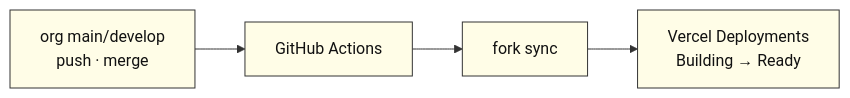
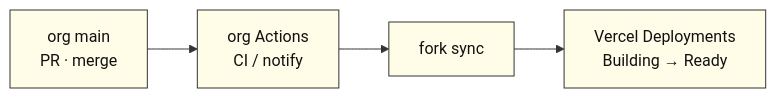
The fifth of 6 diagrams in docs/vercel-deploy-team-notice.md (SpartaValueHub/ValueHub-FE), drawn with Mermaid before and after one commit. The commit also changed other lines of this file, not shown here.

Commit message:
docs: Vercel 안내를 main 직행 브랜치 전략에 맞게 수정

````diff
--- a/docs/vercel-deploy-team-notice.md
+++ b/docs/vercel-deploy-team-notice.md
@@ -211,9 +201,9 @@
 ```mermaid
 %%{init: {"theme":"base","themeVariables":{"primaryColor":"#FFF3B0","primaryBorderColor":"#333","lineColor":"#333","clusterBkg":"#FFF3B0"}}}%%
 flowchart LR
-  A["org main/develop<br/>push · merge"] --> B["GitHub Actions"]
+  A["org main<br/>PR · merge"] --> B["org Actions<br/>CI / notify"]
   B --> C["fork sync"]
   C --> D["Vercel Deployments<br/>Building → Ready"]
   classDef node fill:#FFFDE7,stroke:#333,color:#111;
   class A,B,C,D node;
 ```
````
